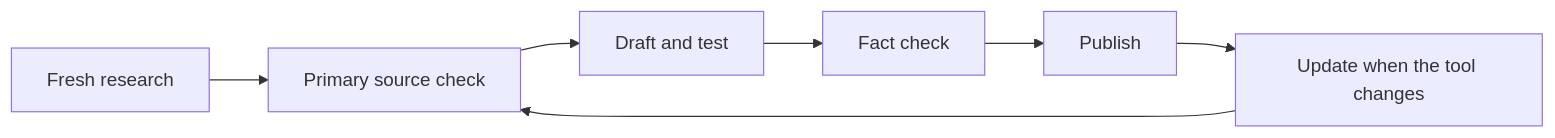
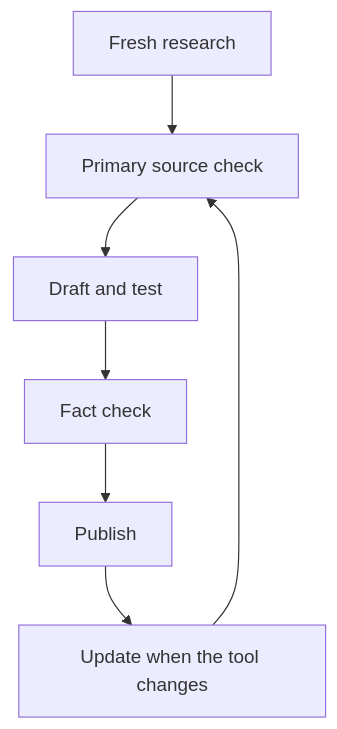
One commit to gogetrekt/loopandstack changed the diagram in _posts/2026-11-19-welcome-to-loop-and-stack.md. Above: the diagram before and after it, drawn with Mermaid.

Commit message:
Make Welcome workflow diagram vertical for mobile readability

````diff
--- a/_posts/2026-11-19-welcome-to-loop-and-stack.md
+++ b/_posts/2026-11-19-welcome-to-loop-and-stack.md
@@ -54,9 +54,9 @@
 ```mermaid
-flowchart LR
+flowchart TB
     A[Fresh research] --> B[Primary source check]
     B --> C[Draft and test]
     C --> D[Fact check]
     D --> E[Publish]
     E --> F[Update when the tool changes]
     F --> B
 ```
````
